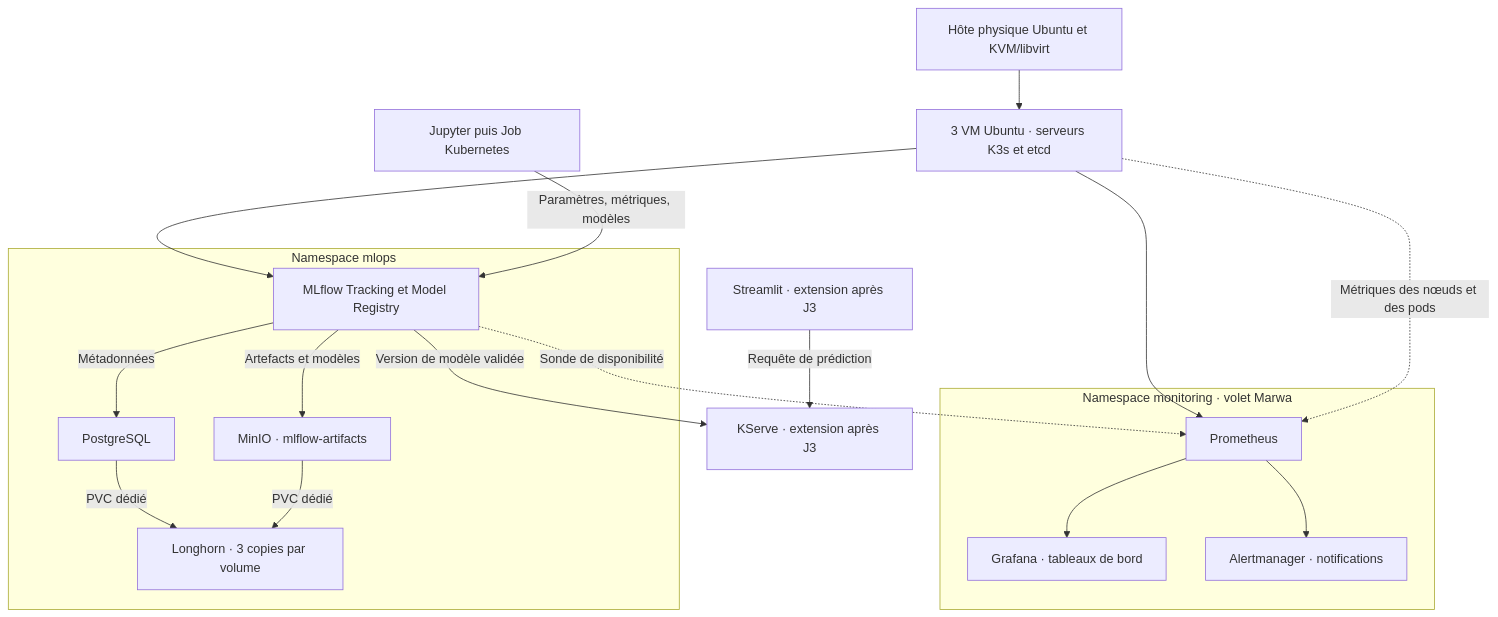
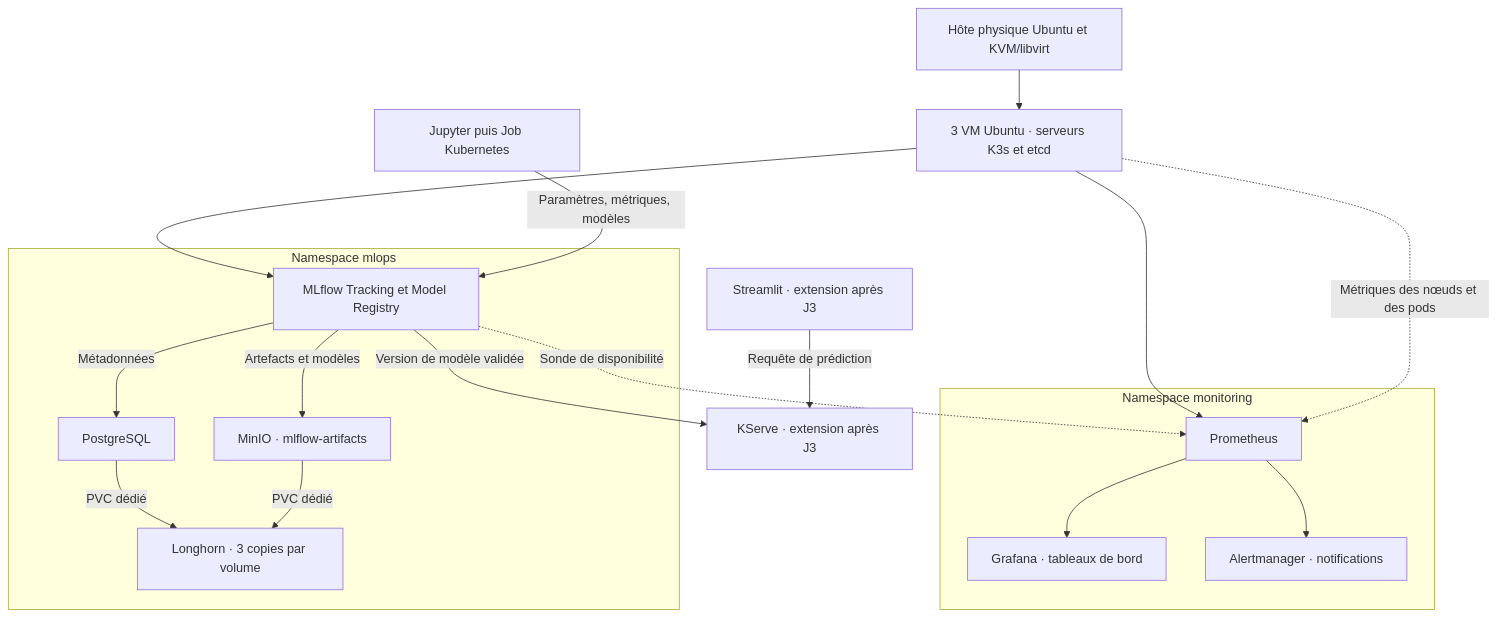
The diagram in docs/architecture/architecture-v0.md (oumaymaennamous/projet-option-asl-ia-ennamous-thanh), drawn with Mermaid before and after one commit.

Commit message:
Fix namespace monitoring subgraph label

````diff
--- a/docs/architecture/architecture-v0.md
+++ b/docs/architecture/architecture-v0.md
@@ -14,23 +14,23 @@
 ```mermaid
 flowchart TD
     HOST["Hôte physique Ubuntu et KVM/libvirt"] --> VMS["3 VM Ubuntu · serveurs K3s et etcd"]
     VMS --> ML
     VMS --> PROM
     TRAIN["Jupyter puis Job Kubernetes"] -->|"Paramètres, métriques, modèles"| ML
     subgraph MLOPS["Namespace mlops"]
         ML["MLflow Tracking et Model Registry"]
         ML -->|"Métadonnées"| PG["PostgreSQL"]
         ML -->|"Artefacts et modèles"| S3["MinIO · mlflow-artifacts"]
         PG -->|"PVC dédié"| LH["Longhorn · 3 copies par volume"]
         S3 -->|"PVC dédié"| LH
     end
-    subgraph MON["Namespace monitoring · volet Marwa"]
+    subgraph MON["Namespace monitoring "]
         PROM["Prometheus"]
         PROM --> GRAF["Grafana · tableaux de bord"]
         PROM --> AM["Alertmanager · notifications"]
     end
     VMS -.->|"Métriques des nœuds et des pods"| PROM
     ML -.->|"Sonde de disponibilité"| PROM
     ML -->|"Version de modèle validée"| KS["KServe · extension après J3"]
     UI["Streamlit · extension après J3"] -->|"Requête de prédiction"| KS
 ```
````
